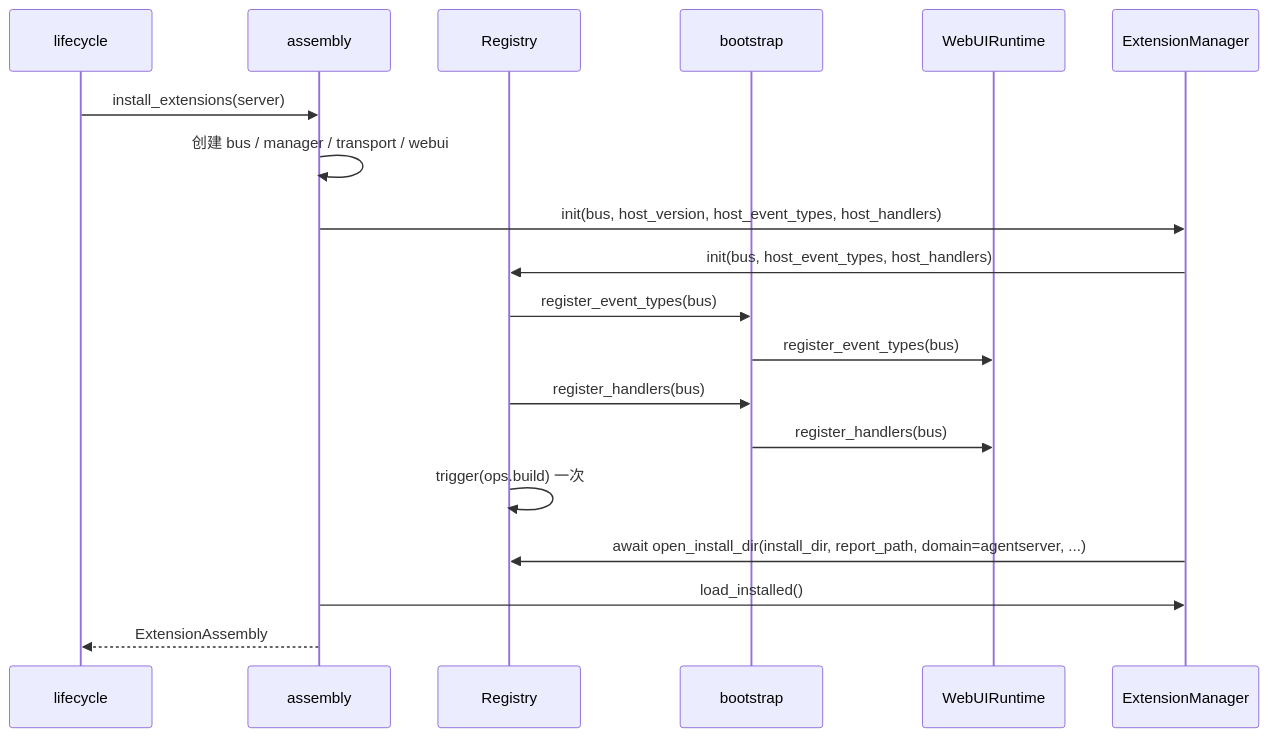
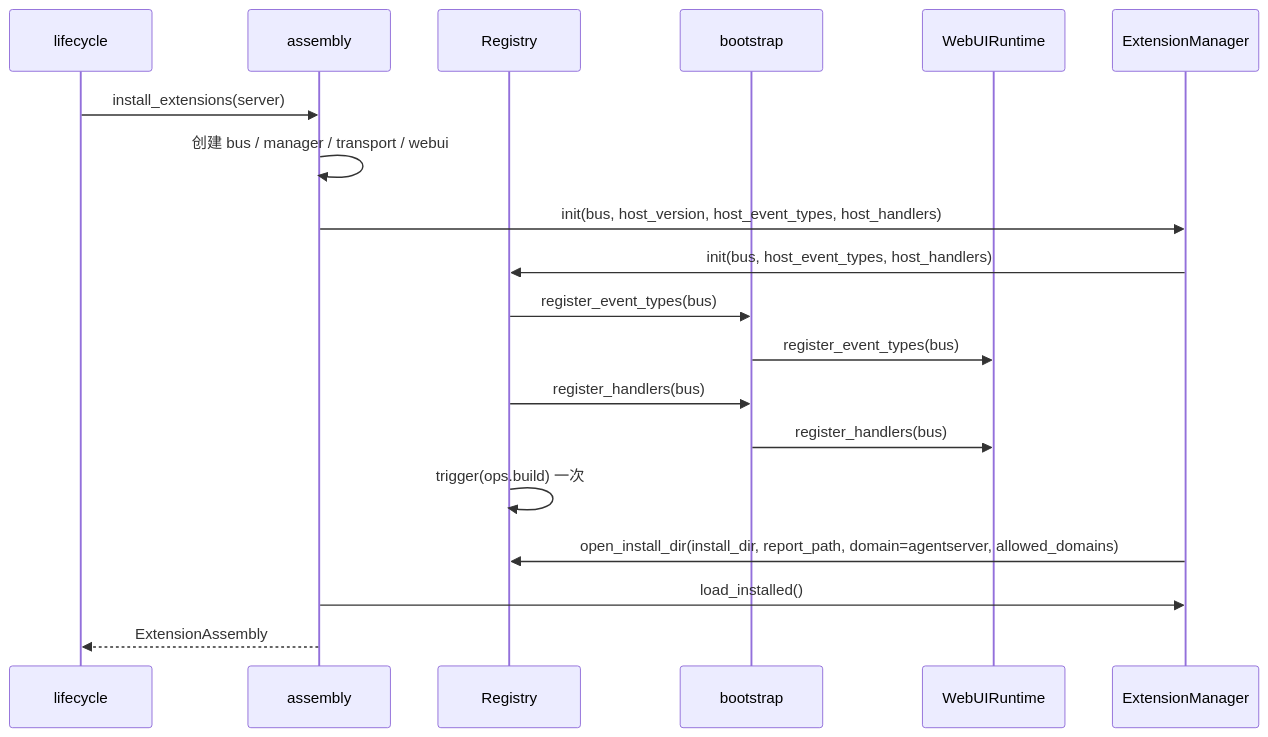
The diagram in jiuwenswarm/extensions_v2/docs/features/F_01_assembly-and-source.md (openJiuwen-ai/jiuwenswarm), drawn with Mermaid before and after one commit. The commit also changed 51 other files, not shown here.

````diff
--- a/jiuwenswarm/extensions_v2/docs/features/F_01_assembly-and-source.md
+++ b/jiuwenswarm/extensions_v2/docs/features/F_01_assembly-and-source.md
@@ -41,21 +41,21 @@
 ```mermaid
 sequenceDiagram
     participant L as lifecycle
     participant A as assembly
     participant R as Registry
     participant BS as bootstrap
     participant W as WebUIRuntime
     participant M as ExtensionManager
     L->>A: install_extensions(server)
     A->>A: 创建 bus / manager / transport / webui
     A->>M: init(bus, host_version, host_event_types, host_handlers)
     M->>R: init(bus, host_event_types, host_handlers)
     R->>BS: register_event_types(bus)
     BS->>W: register_event_types(bus)
     R->>BS: register_handlers(bus)
     BS->>W: register_handlers(bus)
     R->>R: trigger(ops.build) 一次
-    M->>R: await open_install_dir(install_dir, report_path, domain=agentserver, ...)
+    M->>R: open_install_dir(install_dir, report_path, domain=agentserver, allowed_domains)
     A->>M: load_installed()
     A-->>L: ExtensionAssembly
 ```
````
